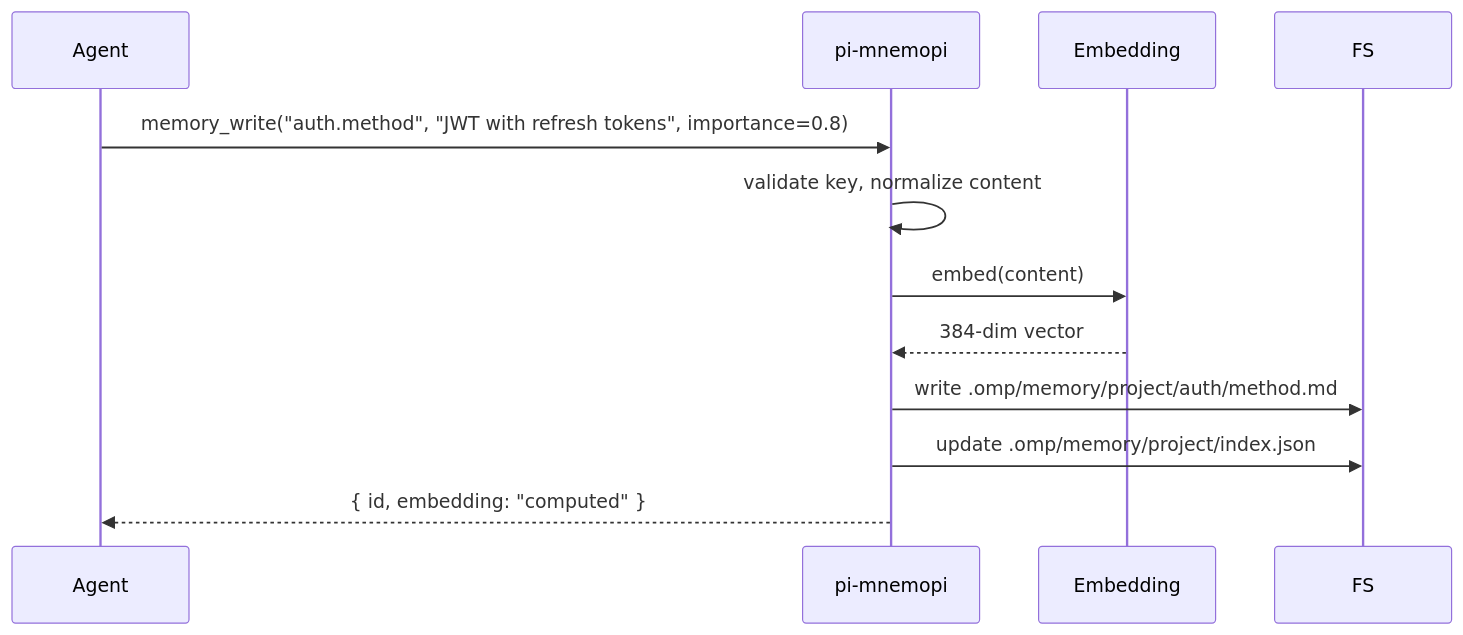
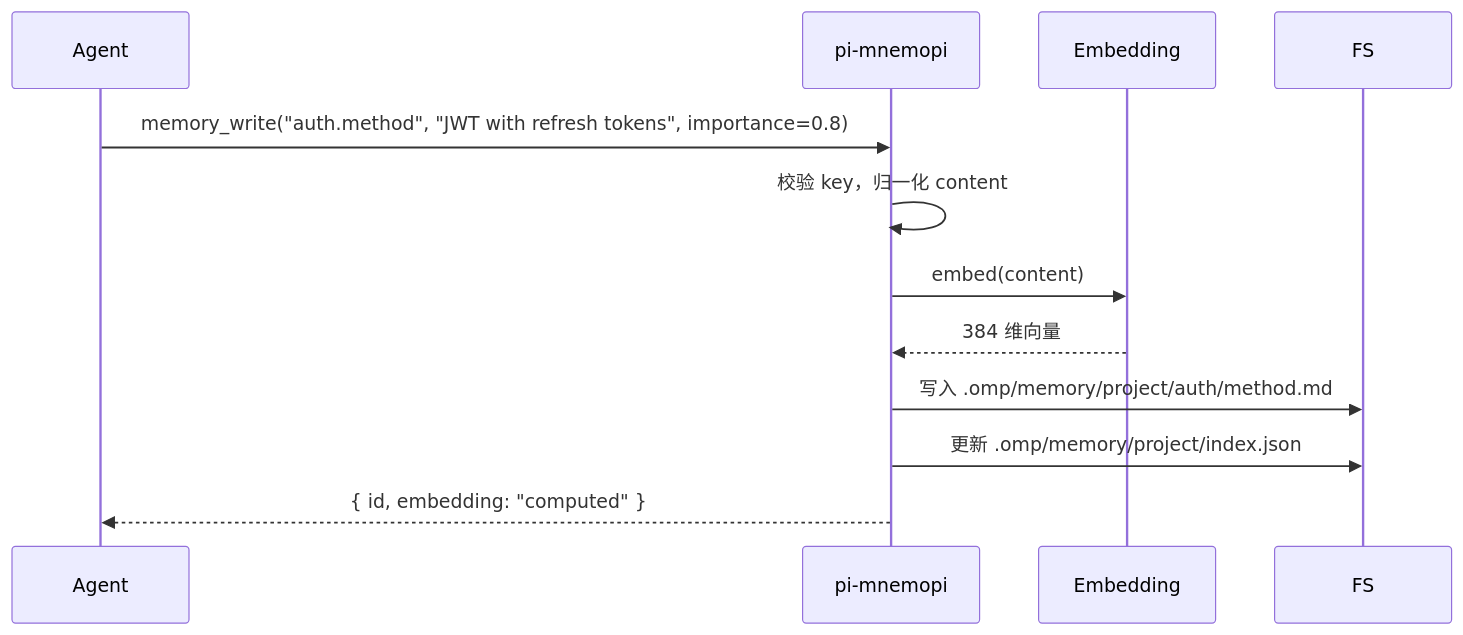
The second of 3 diagrams in docs-site/docs/11-pi-mnemopi.md (YeLuo45/oh-my-pi-design), drawn with Mermaid before and after one commit. The commit also changed other lines of this file and 37 other files, not shown here.

````diff
--- a/docs-site/docs/11-pi-mnemopi.md
+++ b/docs-site/docs/11-pi-mnemopi.md
@@ -190,15 +190,15 @@
 ```mermaid
 sequenceDiagram
     participant Agent
     participant Mem as pi-mnemopi
     participant Embed as Embedding
     participant FS
 
     Agent->>Mem: memory_write("auth.method", "JWT with refresh tokens", importance=0.8)
-    Mem->>Mem: validate key, normalize content
+    Mem->>Mem: 校验 key，归一化 content
     Mem->>Embed: embed(content)
-    Embed-->>Mem: 384-dim vector
-    Mem->>FS: write .omp/memory/project/auth/method.md
-    Mem->>FS: update .omp/memory/project/index.json
+    Embed-->>Mem: 384 维向量
+    Mem->>FS: 写入 .omp/memory/project/auth/method.md
+    Mem->>FS: 更新 .omp/memory/project/index.json
     Mem-->>Agent: { id, embedding: "computed" }
 ```
````
